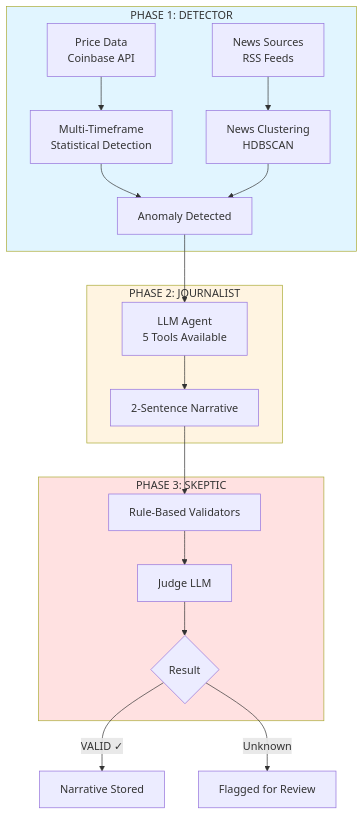
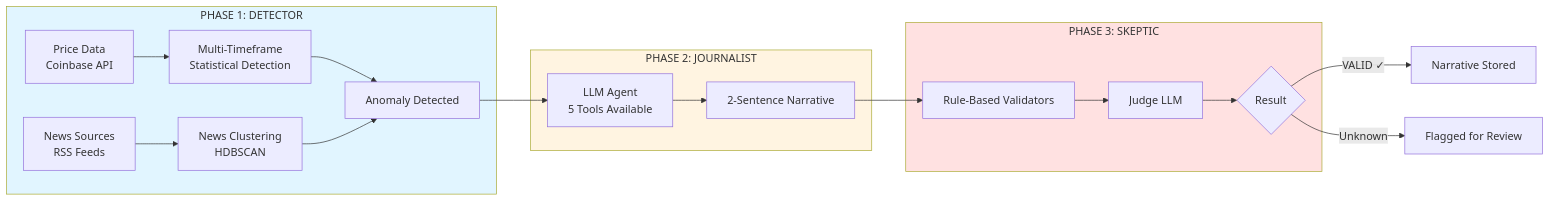
One commit to tyagiprnv/Market-Anomaly-Narrative-Engine changed the diagram in README.md. Above: the diagram before and after it, drawn with Mermaid.

Commit message:
Update graph direction in README architecture
Change graph direction from TD to LR in architecture section.

````diff
--- a/README.md
+++ b/README.md
@@ -41,27 +41,27 @@
 ```mermaid
-graph TD
+graph LR
     subgraph Phase1["PHASE 1: DETECTOR"]
         A[Price Data<br/>Coinbase API] --> B[Multi-Timeframe<br/>Statistical Detection]
         C[News Sources<br/>RSS Feeds] --> D[News Clustering<br/>HDBSCAN]
         B --> E[Anomaly Detected]
         D --> E
     end
 
     subgraph Phase2["PHASE 2: JOURNALIST"]
         E --> F[LLM Agent<br/>5 Tools Available]
         F --> G[2-Sentence Narrative]
     end
 
     subgraph Phase3["PHASE 3: SKEPTIC"]
         G --> H[Rule-Based Validators]
         H --> I[Judge LLM]
         I --> J{Result}
     end
 
     J -->|VALID ✓| K[Narrative Stored]
     J -->|Unknown| L[Flagged for Review]
 
     style Phase1 fill:#e1f5ff
     style Phase2 fill:#fff4e1
     style Phase3 fill:#ffe1e1
 ```
````
